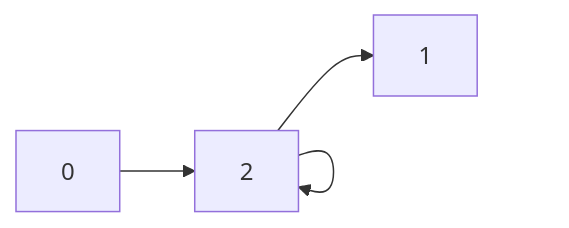
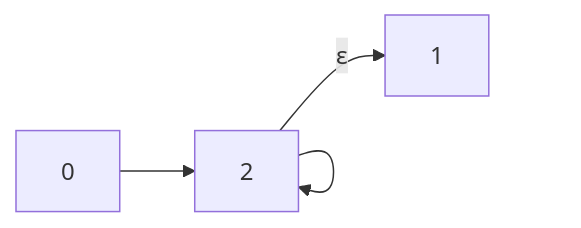
The second of 8 diagrams in docs/26.正则和无限状态机.md (caoaolong/coding-soul-docs), drawn with Mermaid before and after one commit. The commit also changed other lines of this file, not shown here.

````diff
--- a/docs/26.正则和无限状态机.md
+++ b/docs/26.正则和无限状态机.md
@@ -24,4 +24,4 @@
 ```mermaid
 graph LR;
-0 --> 2 --> 2 --> 1
+0 --> 2 --> 2 -- "ɛ" --> 1
 ```
````
